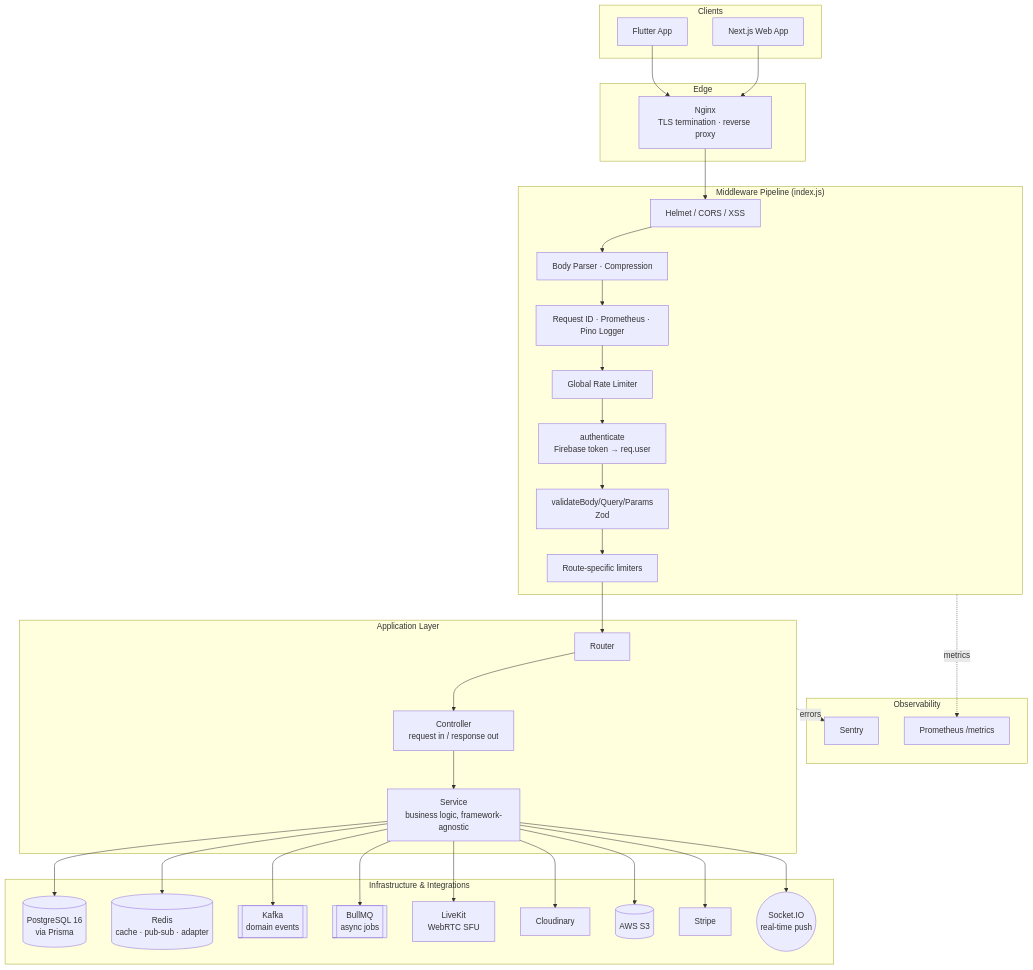
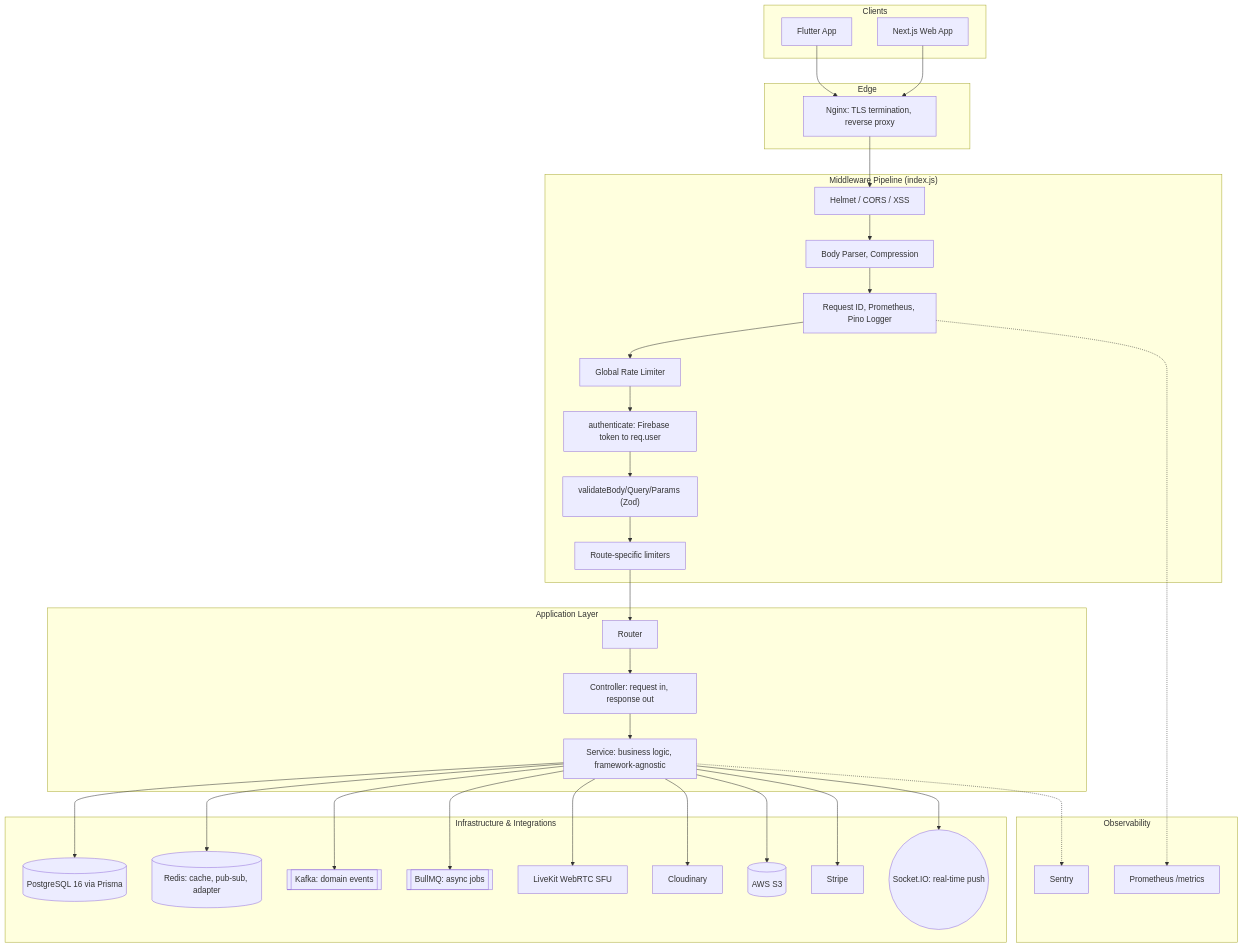
Before and after one commit to callUsti/Fullstack-Conference-Speakup: the first of 7 diagrams in Backend-conference-speakup/README.md, drawn with Mermaid. The commit also changed 1 other file, not shown here.

Commit message:
feat(docs): add detailed README for FastAPI AI service, including architecture, design philosophy, and key commands

````diff
--- a/Backend-conference-speakup/README.md
+++ b/Backend-conference-speakup/README.md
@@ -26,57 +26,58 @@
 ```mermaid
 flowchart TB
     subgraph Client["Clients"]
-        FL[Flutter App]
-        WEB[Next.js Web App]
+        FL["Flutter App"]
+        WEB["Next.js Web App"]
     end
 
     subgraph Edge["Edge"]
-        NG[Nginx<br/>TLS termination · reverse proxy]
+        NG["Nginx: TLS termination, reverse proxy"]
     end
 
     subgraph MW["Middleware Pipeline (index.js)"]
-        M1[Helmet / CORS / XSS]
-        M2[Body Parser · Compression]
-        M3[Request ID · Prometheus · Pino Logger]
-        M4[Global Rate Limiter]
-        M5[authenticate<br/>Firebase token → req.user]
-        M6[validateBody/Query/Params<br/>Zod]
-        M7[Route-specific limiters]
+        M1["Helmet / CORS / XSS"]
+        M2["Body Parser, Compression"]
+        M3["Request ID, Prometheus, Pino Logger"]
+        M4["Global Rate Limiter"]
+        M5["authenticate: Firebase token to req.user"]
+        M6["validateBody/Query/Params (Zod)"]
+        M7["Route-specific limiters"]
     end
 
     subgraph App["Application Layer"]
-        R[Router] --> C[Controller<br/>request in / response out]
-        C --> S[Service<br/>business logic, framework-agnostic]
+        R["Router"] --> C["Controller: request in, response out"]
+        C --> S["Service: business logic, framework-agnostic"]
     end
 
     subgraph Infra["Infrastructure & Integrations"]
-        PG[(PostgreSQL 16<br/>via Prisma)]
-        RD[(Redis<br/>cache · pub-sub · adapter)]
-        KF[[Kafka<br/>domain events]]
-        BQ[[BullMQ<br/>async jobs]]
-        WS((Socket.IO<br/>real-time push))
-        LK[LiveKit<br/>WebRTC SFU]
-        CL[Cloudinary]
-        S3[(AWS S3)]
-        ST[Stripe]
+        PG[("PostgreSQL 16 via Prisma")]
+        RD[("Redis: cache, pub-sub, adapter")]
+        KF[["Kafka: domain events"]]
+        BQ[["BullMQ: async jobs"]]
+        WS(("Socket.IO: real-time push"))
+        LK["LiveKit WebRTC SFU"]
+        CL["Cloudinary"]
+        S3[("AWS S3")]
+        ST["Stripe"]
     end
 
     subgraph Obs["Observability"]
-        SEN[Sentry]
-        PROM[Prometheus /metrics]
+        SEN["Sentry"]
+        PROM["Prometheus /metrics"]
     end
 
-    FL --> NG --> M1 --> M2 --> M3 --> M4 --> M5 --> M6 --> M7 --> R
+    FL --> NG
     WEB --> NG
+    NG --> M1 --> M2 --> M3 --> M4 --> M5 --> M6 --> M7 --> R
     S --> PG
     S --> RD
     S --> KF
     S --> BQ
     S --> LK
     S --> CL
     S --> S3
     S --> ST
     S --> WS
-    App -.errors.-> SEN
-    MW -.metrics.-> PROM
+    S -.-> SEN
+    M3 -.-> PROM
 ```
````
